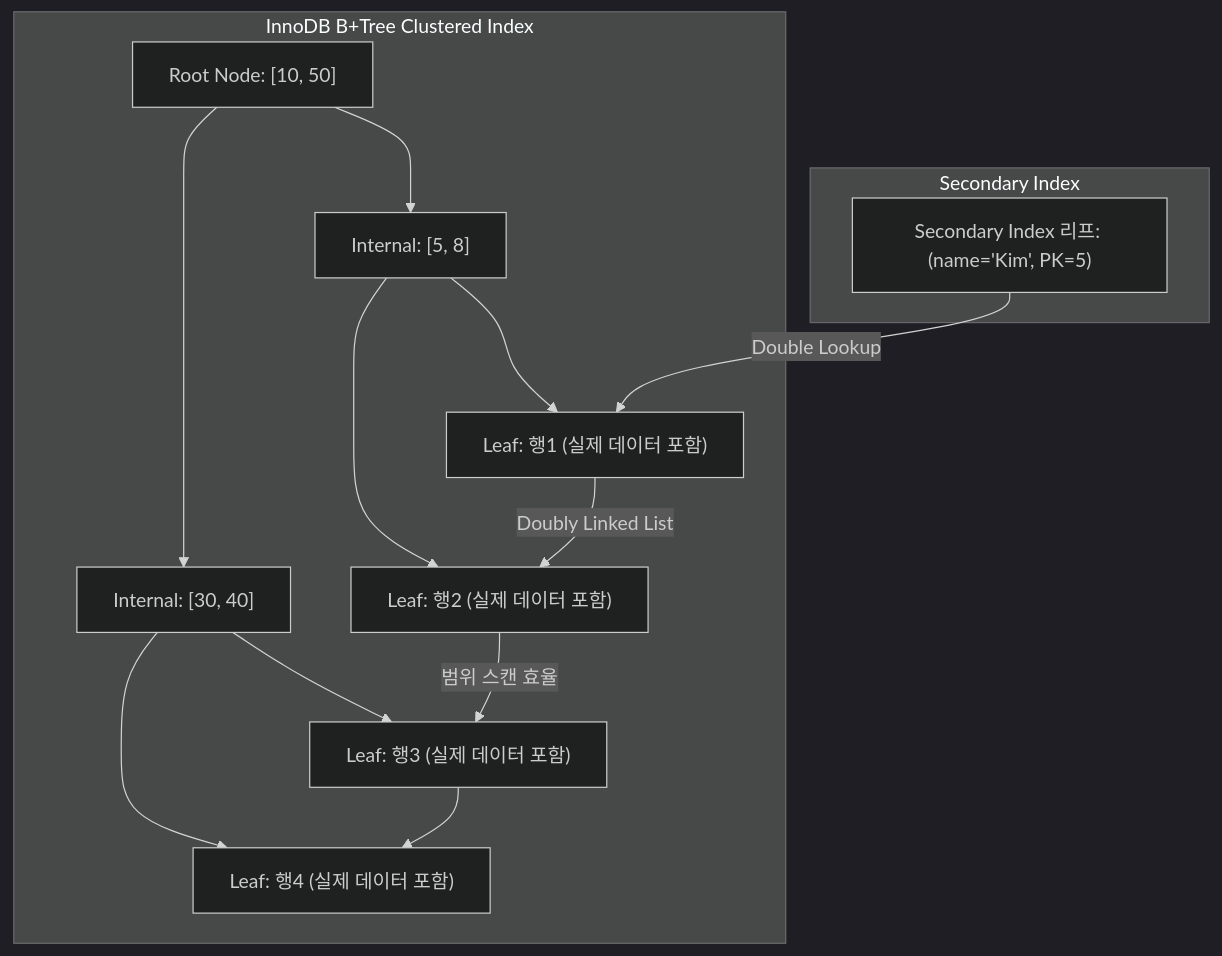
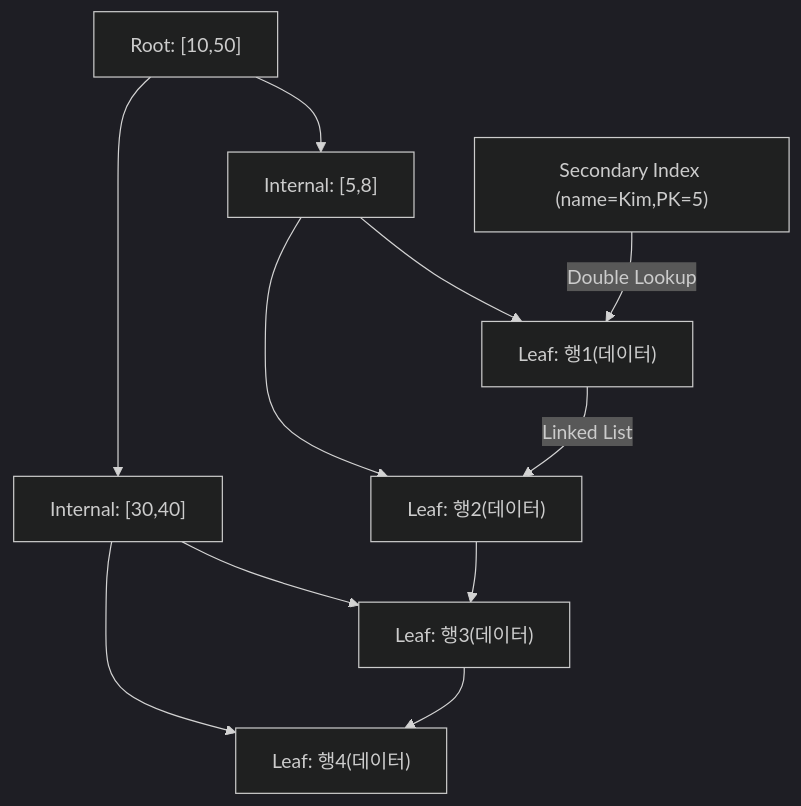
One commit to yjkim2015/yjkim2015.github.io changed the ninth of 15 diagrams in _posts/db/2026-05-01-db-comparison.md. Above: the diagram before and after it, drawn with Mermaid (dark theme). The commit also changed other lines of this file and 215 other files, not shown here.

First line of the commit message:
신규 포스트 10개 추가 + Mermaid 전면 축소 + SystemDesign 시리즈 보강

````diff
--- a/_posts/db/2026-05-01-db-comparison.md
+++ b/_posts/db/2026-05-01-db-comparison.md
@@ -248,19 +215,11 @@
 ```mermaid
 graph TD
-    subgraph "InnoDB B+Tree Clustered Index"
-        R["Root Node: [10, 50]"]
-        R --> I1["Internal: [5, 8]"]
-        R --> I2["Internal: [30, 40]"]
-        I1 --> L1["Leaf: 행1 (실제 데이터 포함)"]
-        I1 --> L2["Leaf: 행2 (실제 데이터 포함)"]
-        I2 --> L3["Leaf: 행3 (실제 데이터 포함)"]
-        I2 --> L4["Leaf: 행4 (실제 데이터 포함)"]
-        L1 -->|"Doubly Linked List"| L2
-        L2 -->|"범위 스캔 효율"| L3
-        L3 --> L4
-    end
-    subgraph "Secondary Index"
-        SI["Secondary Index 리프: (name='Kim', PK=5)"]
-        SI -->|"Double Lookup"| L1
-    end
+    R["Root: [10,50]"] --> I1["Internal: [5,8]"]
+    R --> I2["Internal: [30,40]"]
+    I1 --> L1["Leaf: 행1(데이터)"]
+    I1 --> L2["Leaf: 행2(데이터)"]
+    I2 --> L3["Leaf: 행3(데이터)"]
+    I2 --> L4["Leaf: 행4(데이터)"]
+    L1 -->|"Linked List"| L2 --> L3 --> L4
+    SI["Secondary Index (name=Kim,PK=5)"] -->|"Double Lookup"| L1
 ```
````
